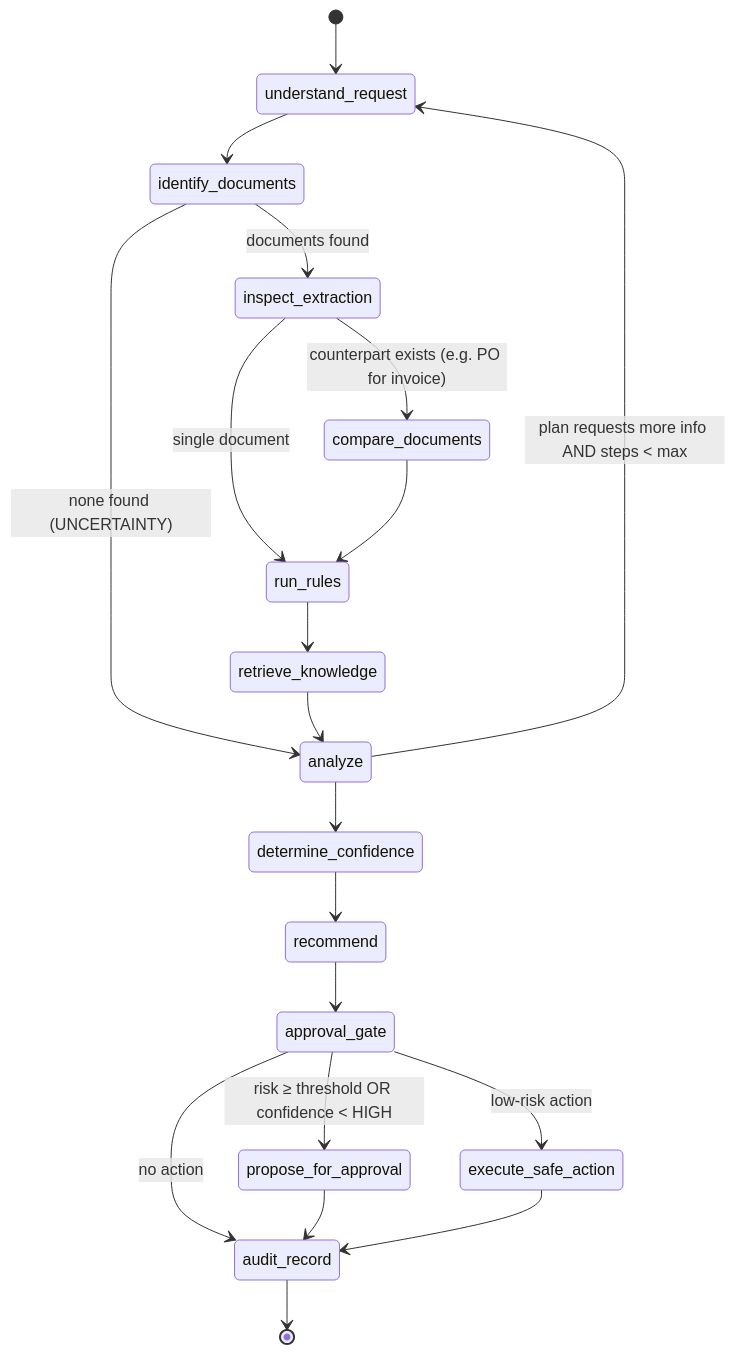
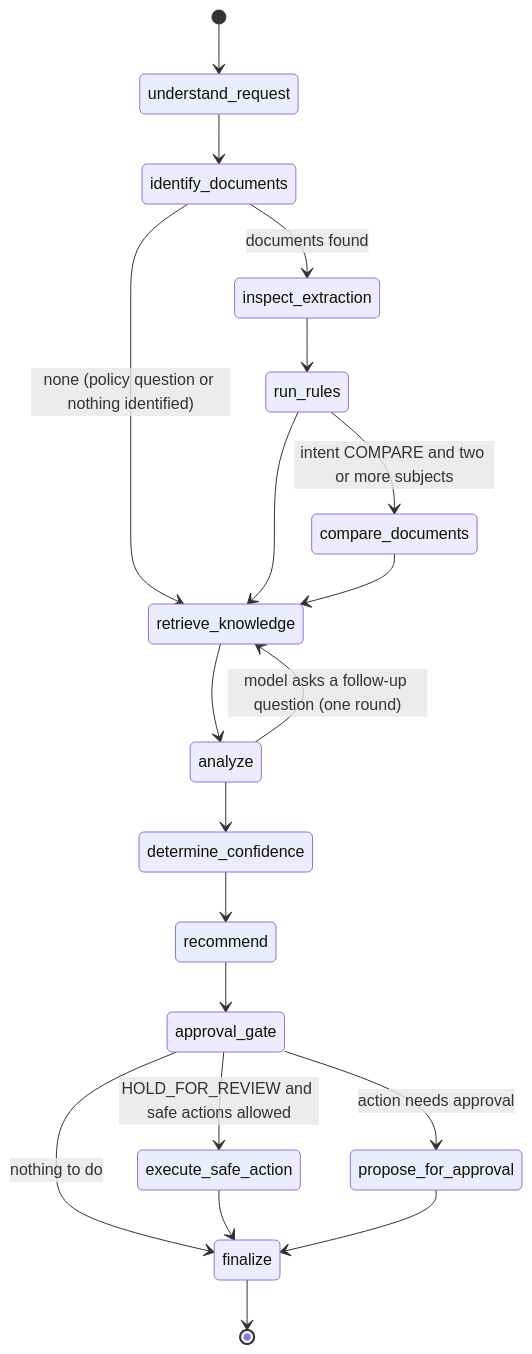
One commit to Prabhat8726/Intelligent-Rag-System changed the first of 2 diagrams in docs/architecture/08-agent-architecture.md. Above: the diagram before and after it, drawn with Mermaid. The commit also changed other lines of this file and 14 other files, not shown here.

First line of the commit message:
Phase 7 documentation: agent architecture as built, ADR-049..055, settings

````diff
--- a/docs/architecture/08-agent-architecture.md
+++ b/docs/architecture/08-agent-architecture.md
@@ -44,22 +58,22 @@
 ```mermaid
 stateDiagram-v2
   [*] --> understand_request
   understand_request --> identify_documents
   identify_documents --> inspect_extraction: documents found
-  identify_documents --> analyze: none found (UNCERTAINTY)
-  inspect_extraction --> compare_documents: counterpart exists (e.g. PO for invoice)
-  inspect_extraction --> run_rules: single document
-  compare_documents --> run_rules
+  identify_documents --> retrieve_knowledge: none (policy question or nothing identified)
+  inspect_extraction --> run_rules
+  run_rules --> compare_documents: intent COMPARE and two or more subjects
   run_rules --> retrieve_knowledge
+  compare_documents --> retrieve_knowledge
   retrieve_knowledge --> analyze
-  analyze --> understand_request: plan requests more info AND steps < max
+  analyze --> retrieve_knowledge: model asks a follow-up question (one round)
   analyze --> determine_confidence
   determine_confidence --> recommend
   recommend --> approval_gate
-  approval_gate --> propose_for_approval: risk ≥ threshold OR confidence < HIGH
-  approval_gate --> execute_safe_action: low-risk action
-  approval_gate --> audit_record: no action
-  propose_for_approval --> audit_record
-  execute_safe_action --> audit_record
-  audit_record --> [*]
+  approval_gate --> execute_safe_action: HOLD_FOR_REVIEW and safe actions allowed
+  approval_gate --> propose_for_approval: action needs approval
+  approval_gate --> finalize: nothing to do
+  execute_safe_action --> finalize
+  propose_for_approval --> finalize
+  finalize --> [*]
 ```
````
